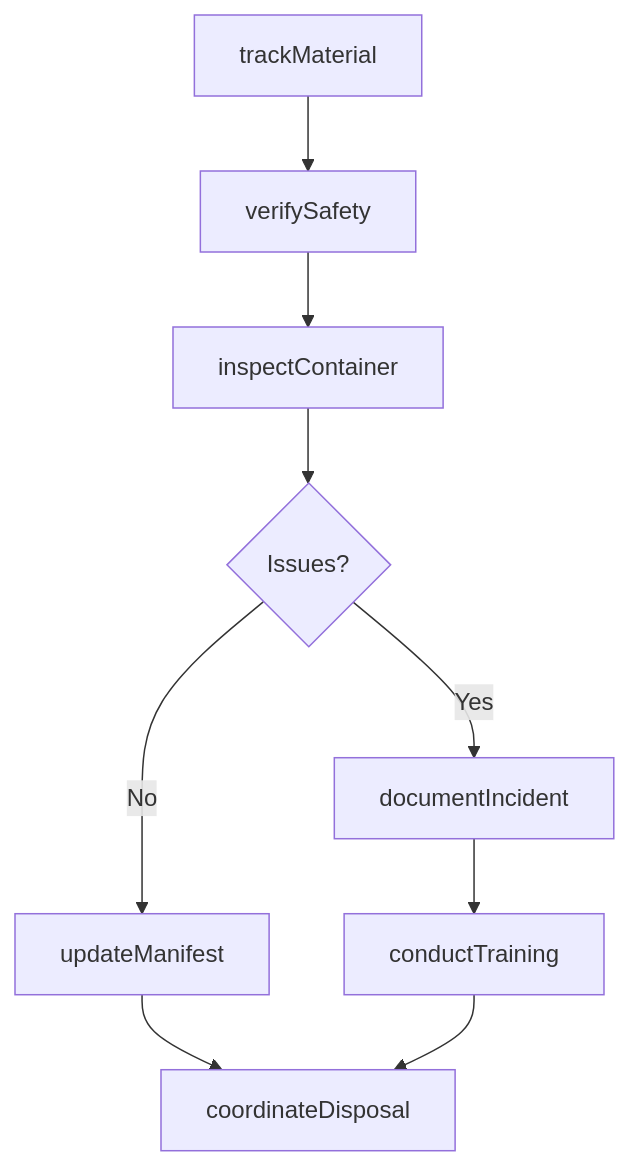
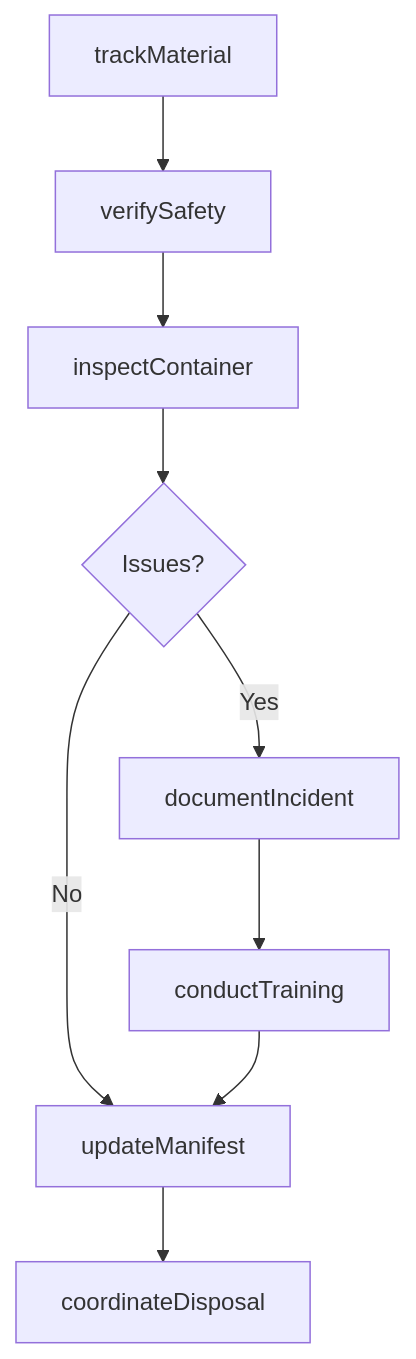
Before and after one commit to dot-org-ai/tasks.org.ai: the third of 4 diagrams in MonitoringProcessesMaterialsOrSurroundings/MonitorOperationsToEnsureAdequatePerformance/MonitorHandlingHazardousMaterialsMedical.mdx, drawn with Mermaid. The commit also changed other lines of this file and 266 other files, not shown here.

First line of the commit message:
feat: Add ER diagrams, state diagrams to wave 2 batch (251 DWA files)

````diff
--- a/MonitoringProcessesMaterialsOrSurroundings/MonitorOperationsToEnsureAdequatePerformance/MonitorHandlingHazardousMaterialsMedical.mdx
+++ b/MonitoringProcessesMaterialsOrSurroundings/MonitorOperationsToEnsureAdequatePerformance/MonitorHandlingHazardousMaterialsMedical.mdx
@@ -87,11 +115,11 @@
 ```mermaid
 graph TD
     A[trackMaterial] --> B[verifySafety]
     B --> C[inspectContainer]
     C --> D{Issues?}
     D -->|Yes| E[documentIncident]
     D -->|No| F[updateManifest]
     E --> G[conductTraining]
     F --> H[coordinateDisposal]
-    G --> H
+    G --> F
 ```
````
